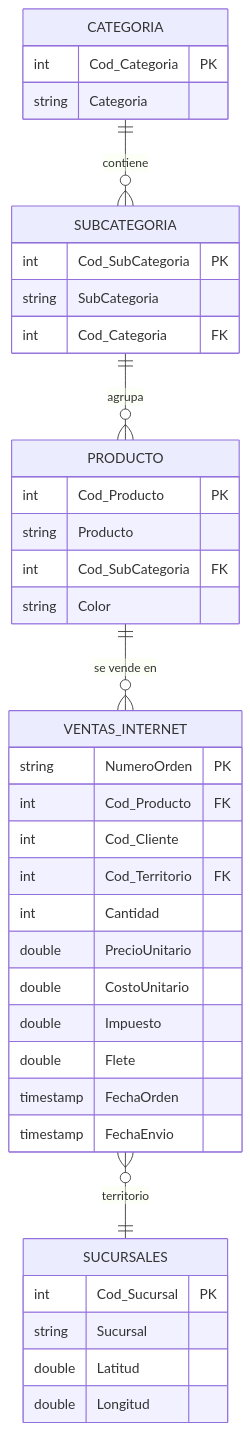
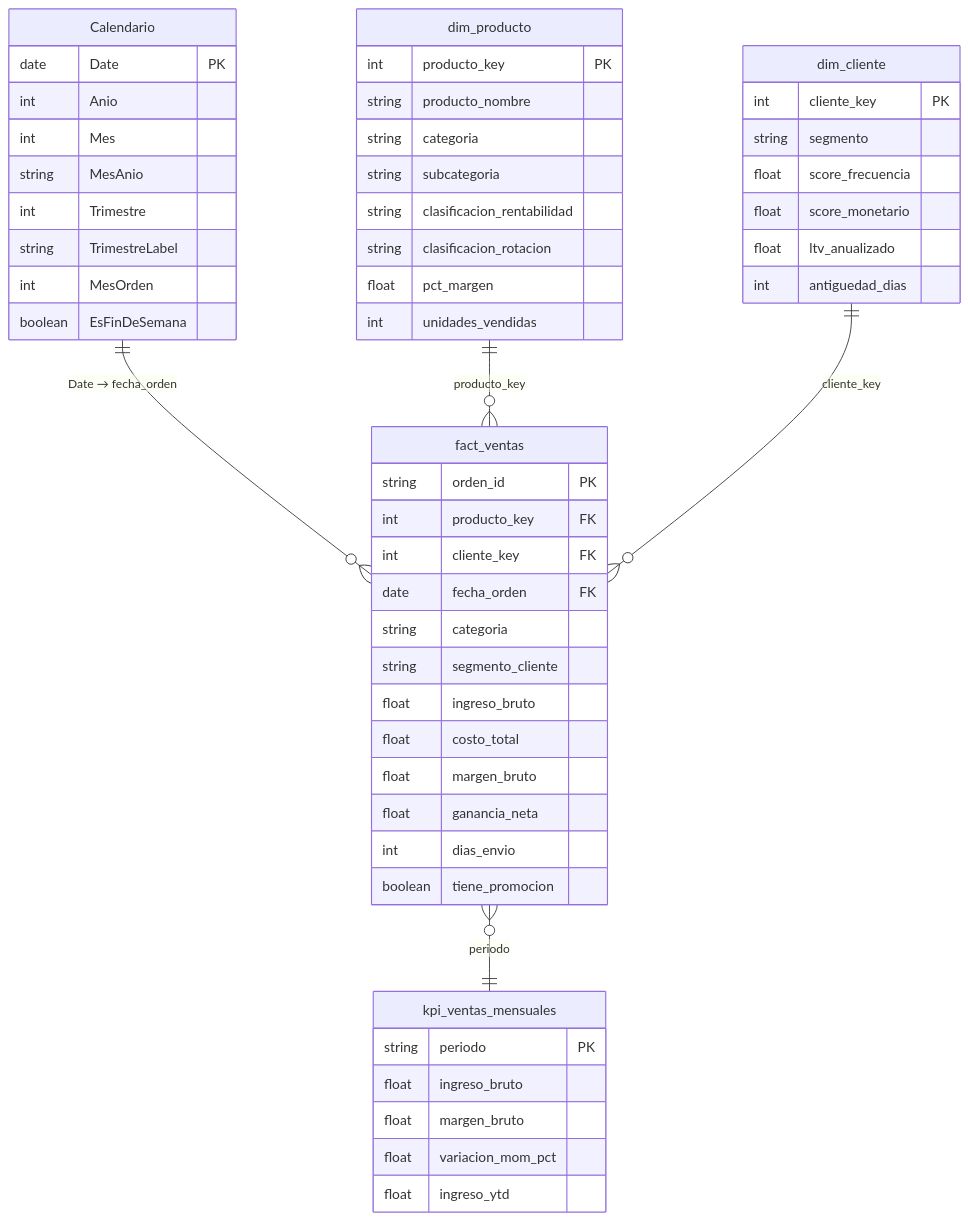
Before and after one commit to federicopfund/Fabric_Analytics_Engineer: the fourth of 6 diagrams in README.md, drawn with Mermaid. The commit also changed other lines of this file, not shown here.

Commit message:
docs: agregar enlace a Power BI Dashboard en README raíz
Añade referencia al dashboard Power BI Retail Analytics en tres
puntos del README principal:

- Sección BI (Análisis Operativo): callout con enlace directo
  al README del dashboard con especificación de 7 páginas,
  maquetas Mermaid y 57 medidas DAX.
- Árbol de estructura: nueva entrada powerbi-export/ bajo
  infrastructure/.
- Tabla de navegación: nueva fila con enlace y descripción.

````diff
--- a/README.md
+++ b/README.md
@@ -377,42 +379,61 @@
 ```mermaid
 erDiagram
-    CATEGORIA ||--o{ SUBCATEGORIA : contiene
-    SUBCATEGORIA ||--o{ PRODUCTO : agrupa
-    PRODUCTO ||--o{ VENTAS_INTERNET : "se vende en"
-    VENTAS_INTERNET }o--|| SUCURSALES : territorio
+    Calendario ||--o{ fact_ventas : "Date → fecha_orden"
+    dim_producto ||--o{ fact_ventas : "producto_key"
+    dim_cliente ||--o{ fact_ventas : "cliente_key"
+    fact_ventas }o--|| kpi_ventas_mensuales : "periodo"
 
-    CATEGORIA {
-        int Cod_Categoria PK
-        string Categoria
+    Calendario {
+        date Date PK
+        int Anio
+        int Mes
+        string MesAnio
+        int Trimestre
+        string TrimestreLabel
+        int MesOrden
+        boolean EsFinDeSemana
     }
-    SUBCATEGORIA {
-        int Cod_SubCategoria PK
-        string SubCategoria
-        int Cod_Categoria FK
+
+    dim_producto {
+        int producto_key PK
+        string producto_nombre
+        string categoria
+        string subcategoria
+        string clasificacion_rentabilidad
+        string clasificacion_rotacion
+        float pct_margen
+        int unidades_vendidas
     }
-    PRODUCTO {
-        int Cod_Producto PK
-        string Producto
-        int Cod_SubCategoria FK
-        string Color
+
+    dim_cliente {
+        int cliente_key PK
+        string segmento
+        float score_frecuencia
+        float score_monetario
+        float ltv_anualizado
+        int antiguedad_dias
     }
-    VENTAS_INTERNET {
-        string NumeroOrden PK
-        int Cod_Producto FK
-        int Cod_Cliente
-        int Cod_Territorio FK
-        int Cantidad
-        double PrecioUnitario
-        double CostoUnitario
-        double Impuesto
-        double Flete
-        timestamp FechaOrden
-        timestamp FechaEnvio
+
+    fact_ventas {
+        string orden_id PK
+        int producto_key FK
+        int cliente_key FK
+        date fecha_orden FK
+        string categoria
+        string segmento_cliente
+        float ingreso_bruto
+        float costo_total
+        float margen_bruto
+        float ganancia_neta
+        int dias_envio
+        boolean tiene_promocion
     }
-    SUCURSALES {
-        int Cod_Sucursal PK
-        string Sucursal
-        double Latitud
-        double Longitud
+
+    kpi_ventas_mensuales {
+        string periodo PK
+        float ingreso_bruto
+        float margen_bruto
+        float variacion_mom_pct
+        float ingreso_ytd
     }
 ```
````
